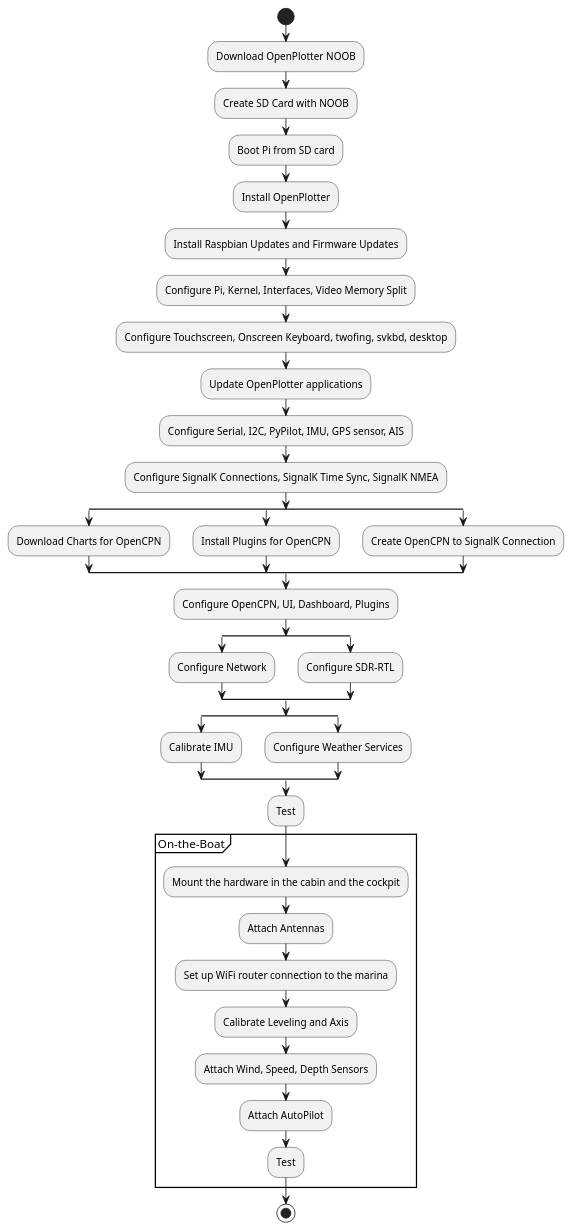
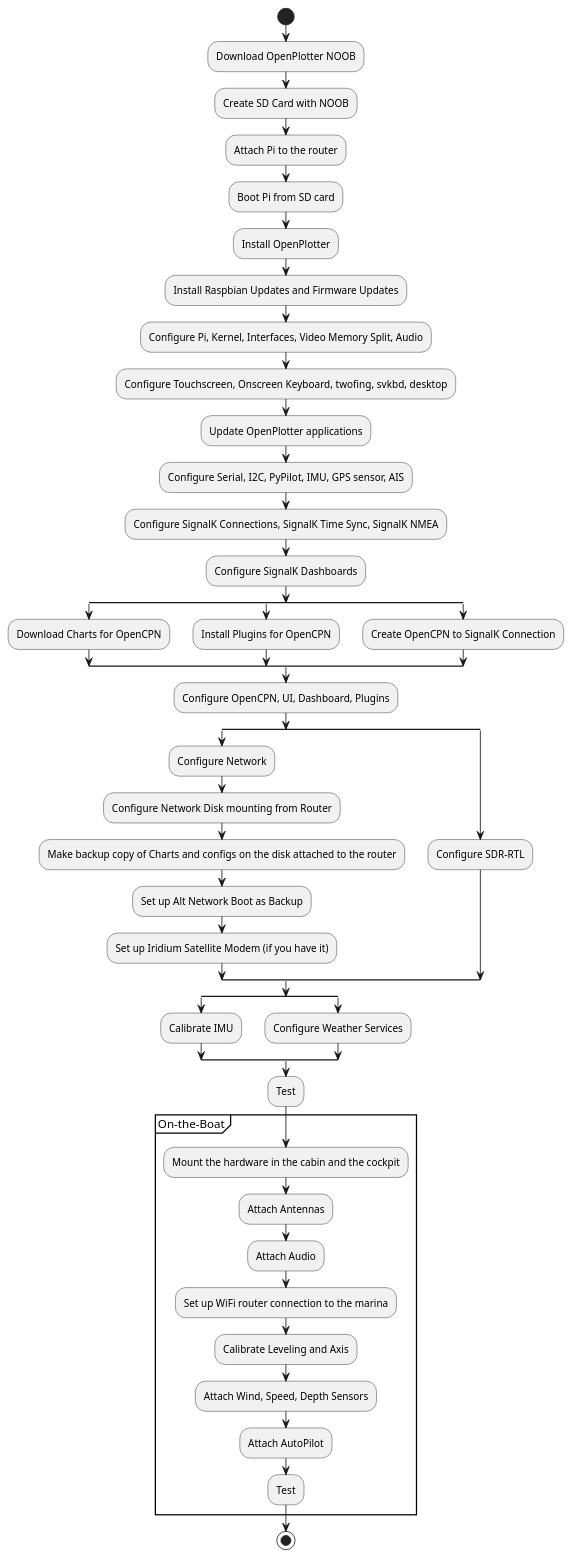
Before and after one commit to bareboat-necessities/my-bareboat: the diagram in docs/plantuml/basic-install-steps.puml, drawn with PlantUML. The commit also changed 4 other files, not shown here.

```diff
--- a/docs/plantuml/basic-install-steps.puml
+++ b/docs/plantuml/basic-install-steps.puml
@@ -1,43 +1,50 @@
 @startuml
 start
 :Download OpenPlotter NOOB;
 :Create SD Card with NOOB;
+:Attach Pi to the router;
 :Boot Pi from SD card;
 :Install OpenPlotter;
 :Install Raspbian Updates and Firmware Updates;
-:Configure Pi, Kernel, Interfaces, Video Memory Split;
+:Configure Pi, Kernel, Interfaces, Video Memory Split, Audio;
 :Configure Touchscreen, Onscreen Keyboard, twofing, svkbd, desktop;
 :Update OpenPlotter applications;
 :Configure Serial, I2C, PyPilot, IMU, GPS sensor, AIS;
 :Configure SignalK Connections, SignalK Time Sync, SignalK NMEA;
+:Configure SignalK Dashboards;
 split
  :Download Charts for OpenCPN;
 split again
  :Install Plugins for OpenCPN;
 split again
  :Create OpenCPN to SignalK Connection;
 end split
 :Configure OpenCPN, UI, Dashboard, Plugins;
 split
 :Configure Network;
+:Configure Network Disk mounting from Router;
+:Make backup copy of Charts and configs on the disk attached to the router;
+:Set up Alt Network Boot as Backup;
+:Set up Iridium Satellite Modem (if you have it);
 split again
 :Configure SDR-RTL;
 end split
 split
 :Calibrate IMU;
 split again
 :Configure Weather Services;
 end split
 :Test;
 partition On-the-Boat {
 	:Mount the hardware in the cabin and the cockpit;
 	:Attach Antennas;
+	:Attach Audio;
 	:Set up WiFi router connection to the marina;
 	:Calibrate Leveling and Axis;
 	:Attach Wind, Speed, Depth Sensors;
 	:Attach AutoPilot;
 	:Test;
 }
 
 stop
 @enduml
```
